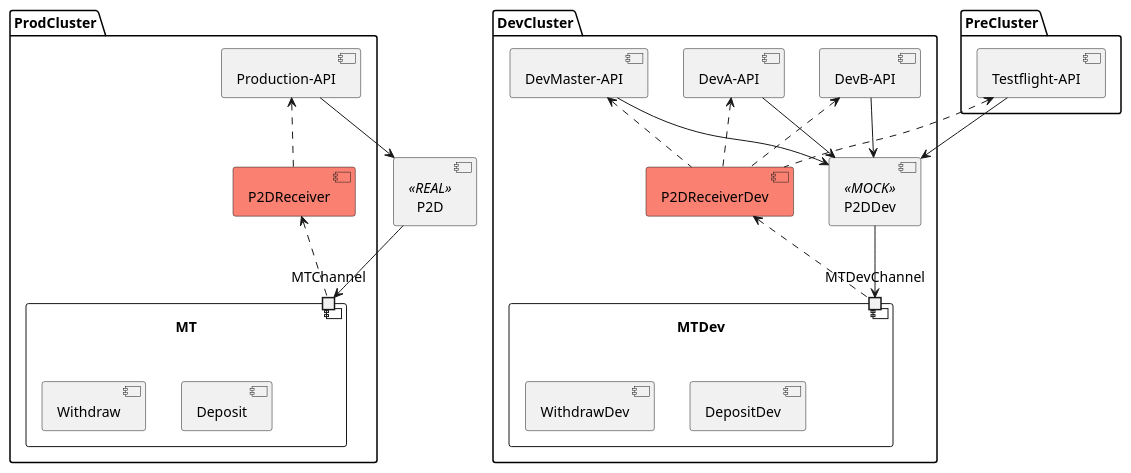
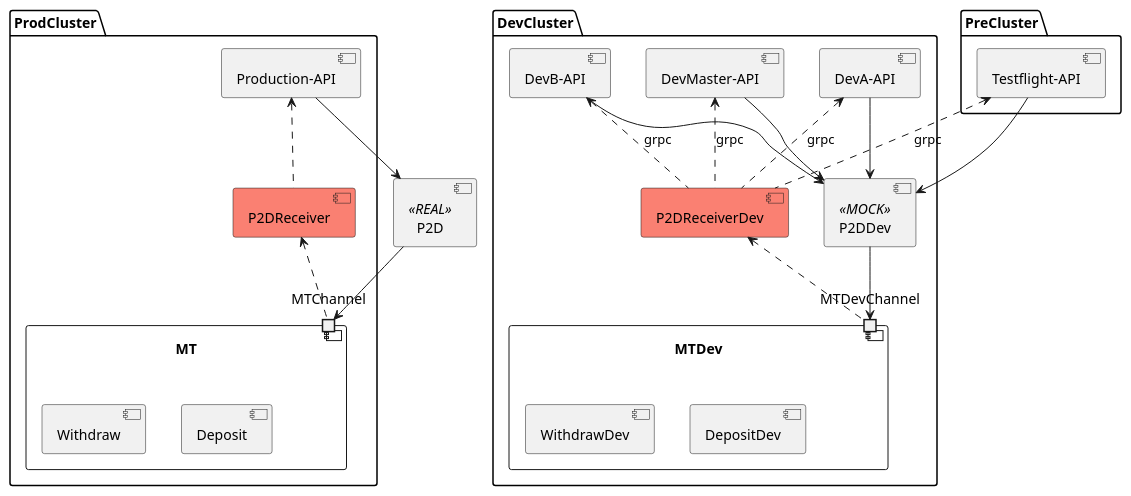
One commit to BugLordTO/cart-ideas changed the diagram in repo-pipeline/isolated-ring/dev-and-prod-p2d-1mt.puml. Above: the diagram before and after it, drawn with PlantUML. The commit also changed 1 other file, not shown here.

```diff
--- a/repo-pipeline/isolated-ring/dev-and-prod-p2d-1mt.puml
+++ b/repo-pipeline/isolated-ring/dev-and-prod-p2d-1mt.puml
@@ -1,54 +1,54 @@
 @startuml dev-and-prod-p2d-1mt
 
 package DevCluster {
 
     component MTDev {
         port MTDevChannel
         component [DepositDev]
         component [WithdrawDev]
     }
 
     [DevMaster-API]
     [DevA-API]
     [DevB-API]
 
     [P2DDev] <<MOCK>>
     [P2DReceiverDev] #Salmon
 }
 [DevMaster-API] --> [P2DDev]
 [DevA-API] --> [P2DDev]
 [DevB-API] --> [P2DDev]
 
 [P2DDev] --> [MTDevChannel]
 [MTDevChannel] .u.> [P2DReceiverDev]
 
-[P2DReceiverDev] .u.> [DevMaster-API]
-[P2DReceiverDev] .u.> [DevA-API]
-[P2DReceiverDev] .u.> [DevB-API]
+[P2DReceiverDev] .u.> [DevMaster-API] : grpc
+[P2DReceiverDev] .u.> [DevA-API] : grpc
+[P2DReceiverDev] .u.> [DevB-API] : grpc
 
 package PreCluster {
     [Testflight-API]
 }
 [Testflight-API] --> [P2DDev]
-[P2DReceiverDev] .u.> [Testflight-API]
+[P2DReceiverDev] .u.> [Testflight-API] : grpc
 
 package ProdCluster {
 
     component MT {
         port MTChannel
         component [Deposit]
         component [Withdraw]
     }
 
     [Production-API]
     [P2DReceiver] #Salmon
 }
 
 [P2D] <<REAL>>
 
 [Production-API] -> [P2D]
 [P2D] --> [MTChannel]
 [MTChannel] .u.> [P2DReceiver]
 [P2DReceiver] .u.> [Production-API]
 
 @enduml
```
